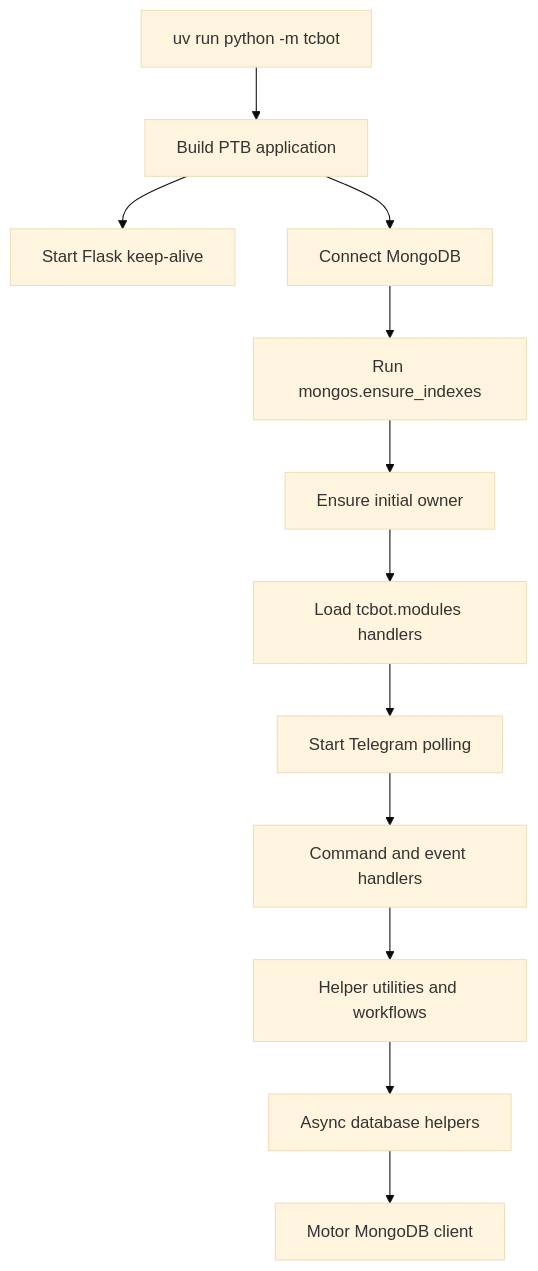
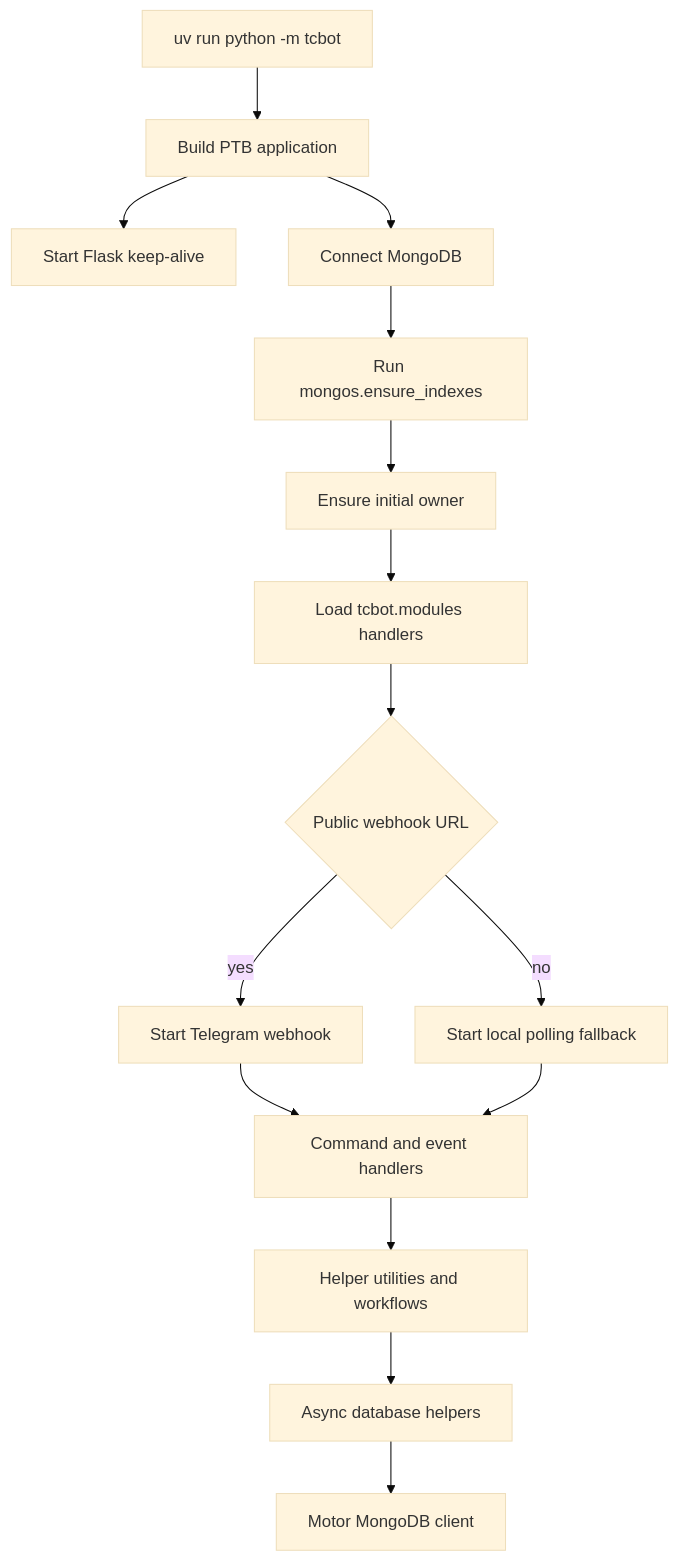
Before and after one commit to D1ZZY4/tcbot: the first of 5 diagrams in .agents/skills/mermaid-diagrams/SKILL.md, drawn with Mermaid (base theme). The commit also changed other lines of this file and 27 other files, not shown here.

````diff
--- a/.agents/skills/mermaid-diagrams/SKILL.md
+++ b/.agents/skills/mermaid-diagrams/SKILL.md
@@ -61,14 +61,17 @@
 ```mermaid
 flowchart TD
     Entry[uv run python -m tcbot] --> App[Build PTB application]
     App --> KeepAlive[Start Flask keep-alive]
     App --> Mongo[Connect MongoDB]
     Mongo --> Indexes[Run mongos.ensure_indexes]
     Indexes --> Owner[Ensure initial owner]
     Owner --> Modules[Load tcbot.modules handlers]
-    Modules --> Polling[Start Telegram polling]
-    Polling --> Handlers[Command and event handlers]
+    Modules --> Transport{Public webhook URL}
+    Transport -->|yes| Webhook[Start Telegram webhook]
+    Transport -->|no| Polling[Start local polling fallback]
+    Webhook --> Handlers[Command and event handlers]
+    Polling --> Handlers
     Handlers --> Helpers[Helper utilities and workflows]
     Helpers --> Database[Async database helpers]
     Database --> Motor[Motor MongoDB client]
 ```
````
